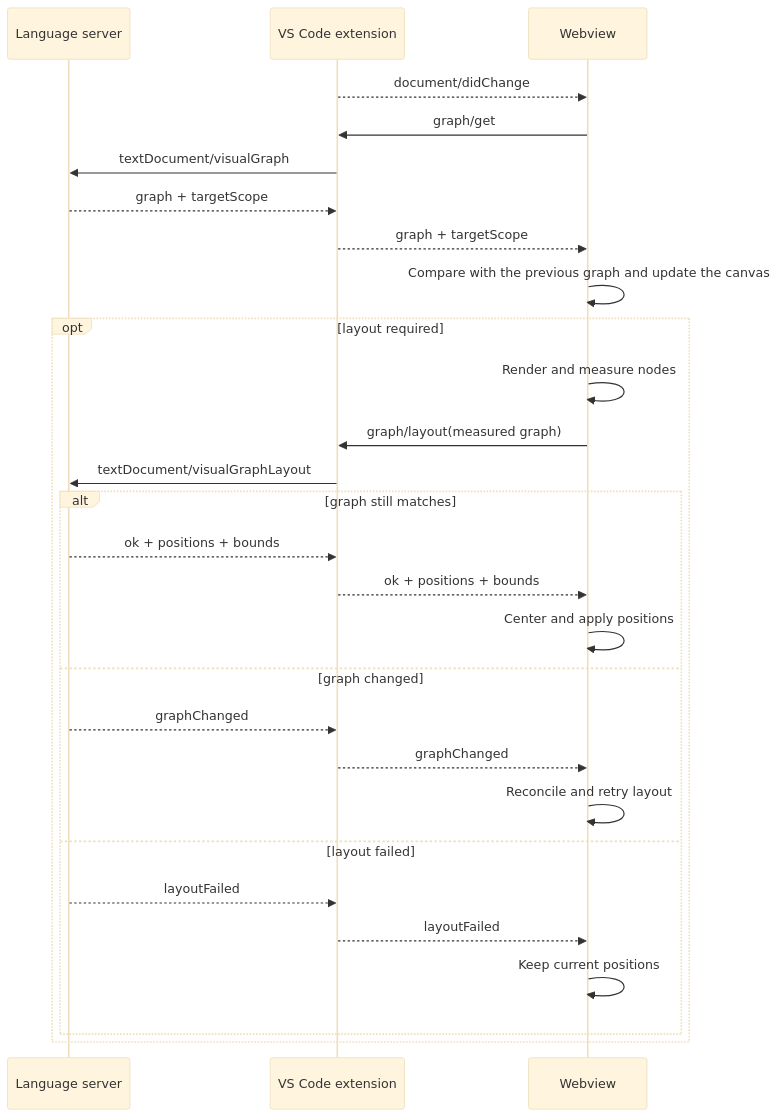
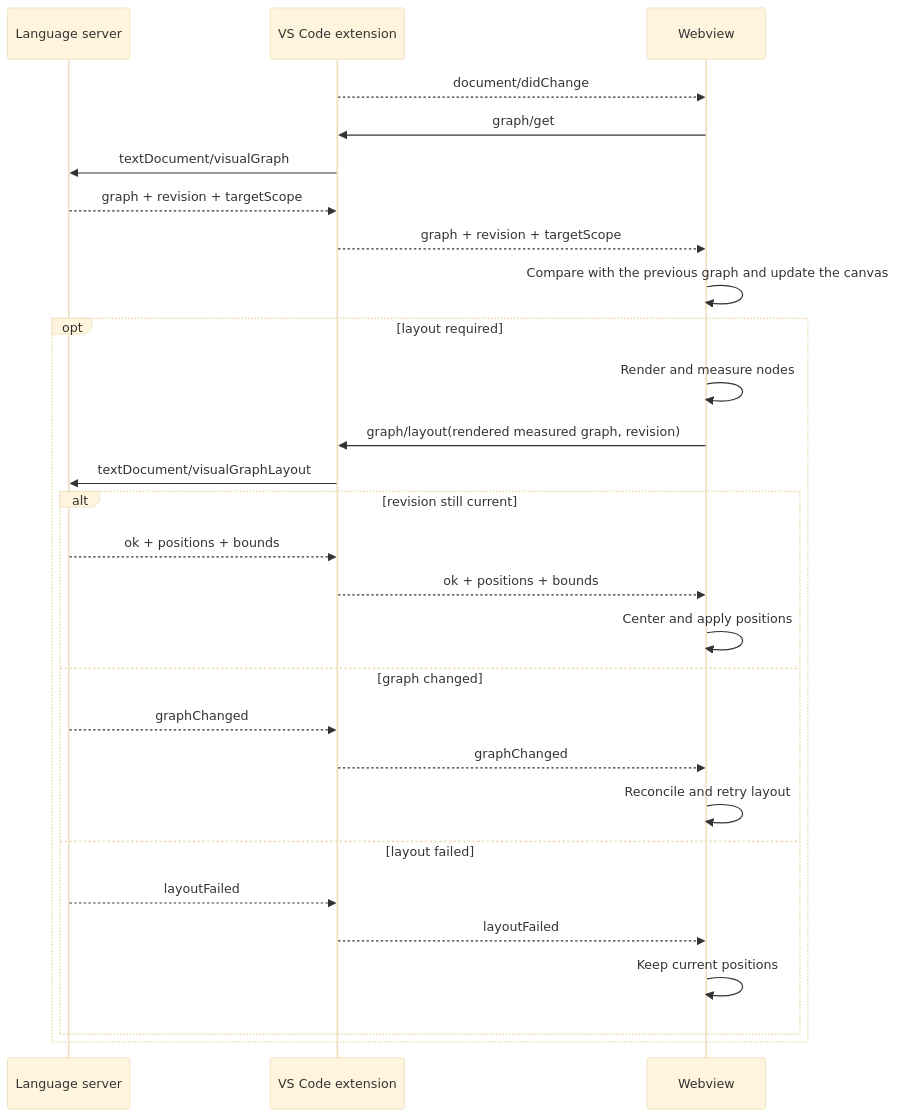
The first of 2 diagrams in src/vscode-bicep-ui/apps/visual-designer/docs/architecture.md (Azure/bicep), drawn with Mermaid (base theme) before and after one commit. The commit also changed other lines of this file and 15 other files, not shown here.

First line of the commit message:
Visual designer: lay out the rendered graph against a topology revision

````diff
--- a/src/vscode-bicep-ui/apps/visual-designer/docs/architecture.md
+++ b/src/vscode-bicep-ui/apps/visual-designer/docs/architecture.md
@@ -25,32 +25,32 @@
 ```mermaid
 sequenceDiagram
     participant LS as Language server
     participant Ext as VS Code extension
     participant UI as Webview
 
     Ext-->>UI: document/didChange
     UI->>Ext: graph/get
     Ext->>LS: textDocument/visualGraph
-    LS-->>Ext: graph + targetScope
-    Ext-->>UI: graph + targetScope
+    LS-->>Ext: graph + revision + targetScope
+    Ext-->>UI: graph + revision + targetScope
     UI->>UI: Compare with the previous graph and update the canvas
 
     opt layout required
         UI->>UI: Render and measure nodes
-        UI->>Ext: graph/layout(measured graph)
+        UI->>Ext: graph/layout(rendered measured graph, revision)
         Ext->>LS: textDocument/visualGraphLayout
-        alt graph still matches
+        alt revision still current
             LS-->>Ext: ok + positions + bounds
             Ext-->>UI: ok + positions + bounds
             UI->>UI: Center and apply positions
         else graph changed
             LS-->>Ext: graphChanged
             Ext-->>UI: graphChanged
             UI->>UI: Reconcile and retry layout
         else layout failed
             LS-->>Ext: layoutFailed
             Ext-->>UI: layoutFailed
             UI->>UI: Keep current positions
         end
     end
 ```
````
